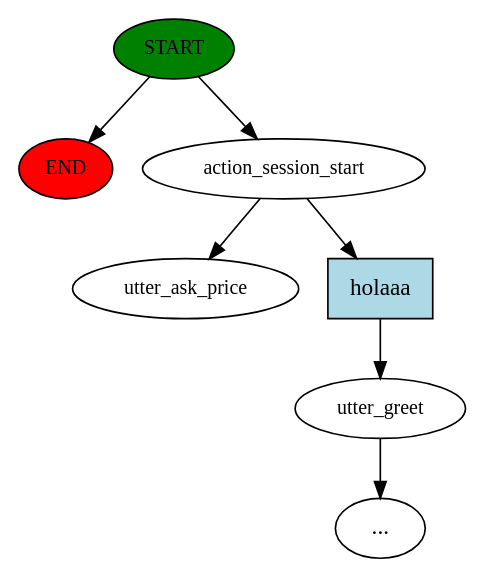
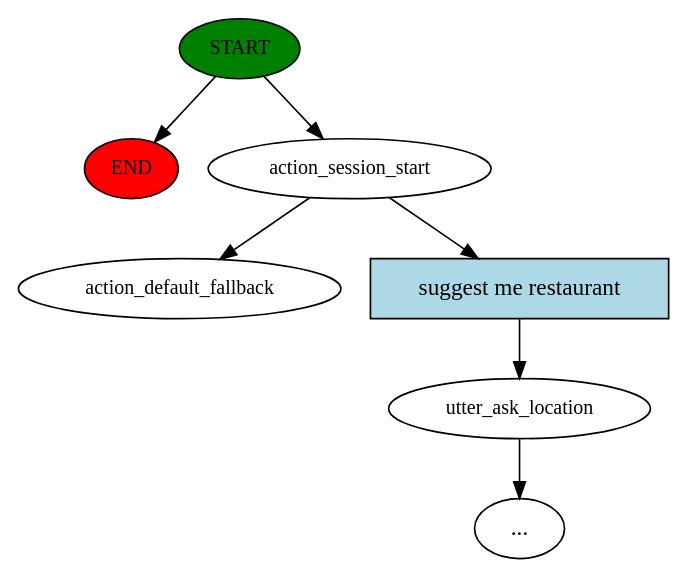
Before and after one commit to ashwanikumar04/rasa-chatbot: the diagram in story_graph.dot, drawn with Graphviz. The commit also changed 12 other files, not shown here.

```diff
--- a/story_graph.dot
+++ b/story_graph.dot
@@ -1,15 +1,15 @@
 digraph  {
 0 [class="start active", fillcolor=green, fontsize=12, label=START, style=filled];
 "-1" [class=end, fillcolor=red, fontsize=12, label=END, style=filled];
 1 [class=active, fontsize=12, label=action_session_start];
-2 [class="", fontsize=12, label=utter_greet];
+2 [class="", fontsize=12, label=utter_ask_location];
 "-3" [class=ellipsis, label="..."];
-4 [class="dashed active", fontsize=12, label=utter_ask_price];
-5 [class=intent, fillcolor=lightblue, label=holaaa, shape=rect, style=filled];
+4 [class="dashed active", fontsize=12, label=action_default_fallback];
+5 [class=intent, fillcolor=lightblue, label="suggest me restaurant", shape=rect, style=filled];
 0 -> "-1"  [class="", key=NONE, label=""];
 0 -> 1  [class=active, key=NONE, label=""];
 1 -> 4  [class=active, key=NONE, label=""];
 1 -> 5  [class="", key=0];
 2 -> "-3"  [class="", key=NONE, label=""];
 5 -> 2  [class="", key=0];
 }
```
